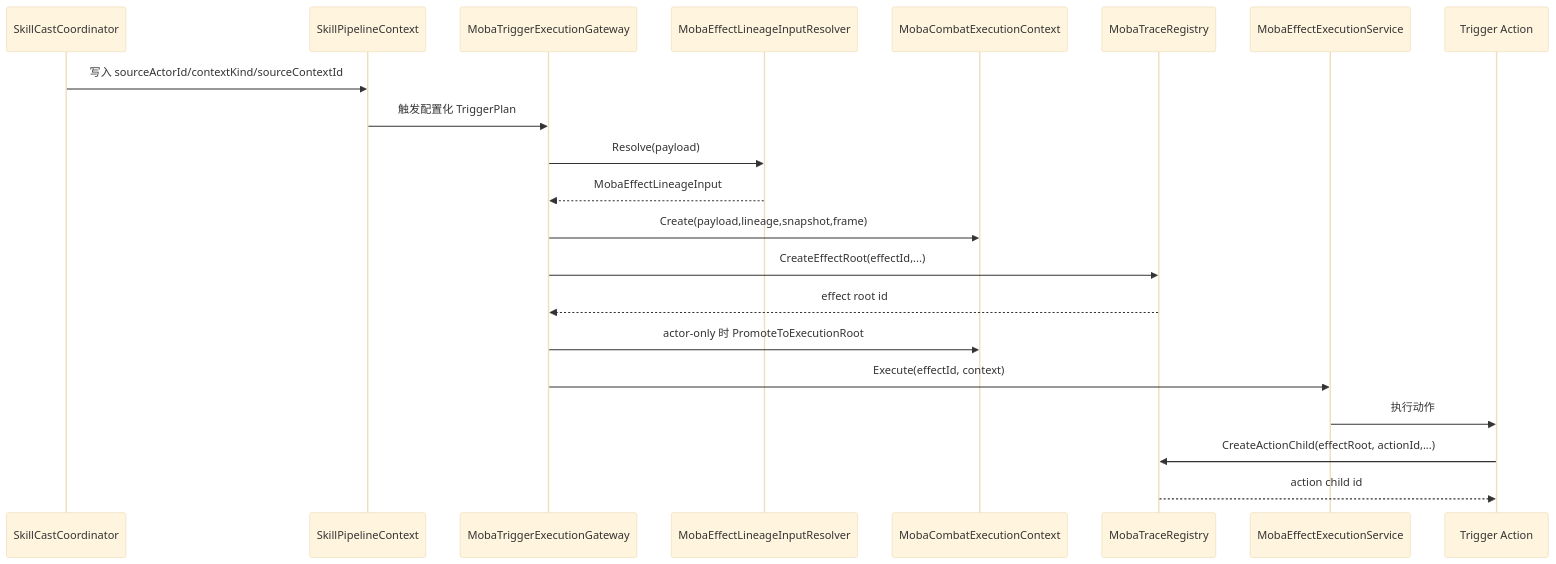
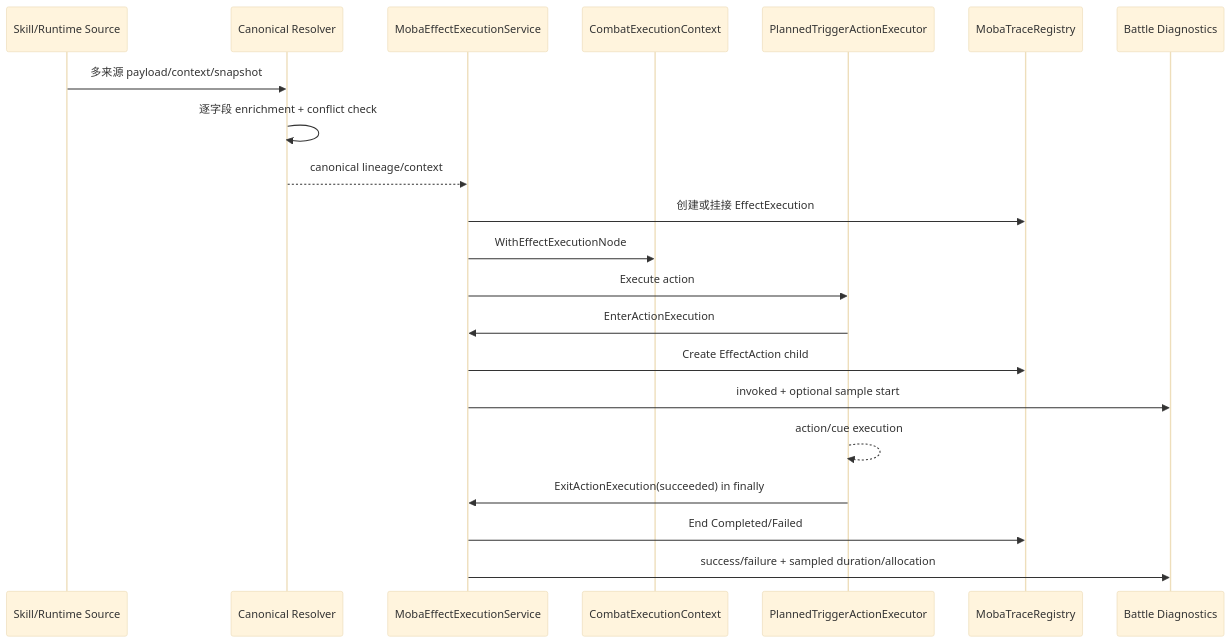
The fifth of 5 diagrams in Docs/design/09-ImplementationExamples/MOBA/09-TraceContextEffectDeepDive.md (HOBOBO/AbilityKit), drawn with Mermaid (base theme) before and after one commit. The commit also changed other lines of this file and 537 other files, not shown here.

````diff
--- a/Docs/design/09-ImplementationExamples/MOBA/09-TraceContextEffectDeepDive.md
+++ b/Docs/design/09-ImplementationExamples/MOBA/09-TraceContextEffectDeepDive.md
@@ -208,24 +226,24 @@
 ```mermaid
 sequenceDiagram
-    participant Skill as SkillCastCoordinator
-    participant Pipeline as SkillPipelineContext
-    participant Trigger as MobaTriggerExecutionGateway
-    participant Resolver as MobaEffectLineageInputResolver
-    participant CombatCtx as MobaCombatExecutionContext
+    participant Skill as Skill/Runtime Source
+    participant Resolver as Canonical Resolver
+    participant Effect as MobaEffectExecutionService
+    participant Context as CombatExecutionContext
+    participant Executor as PlannedTriggerActionExecutor
     participant Trace as MobaTraceRegistry
-    participant Effect as MobaEffectExecutionService
-    participant Action as Trigger Action
+    participant Diagnostics as Battle Diagnostics
 
-    Skill->>Pipeline: 写入 sourceActorId/contextKind/sourceContextId
-    Pipeline->>Trigger: 触发配置化 TriggerPlan
-    Trigger->>Resolver: Resolve(payload)
-    Resolver-->>Trigger: MobaEffectLineageInput
-    Trigger->>CombatCtx: Create(payload,lineage,snapshot,frame)
-    Trigger->>Trace: CreateEffectRoot(effectId,...)
-    Trace-->>Trigger: effect root id
-    Trigger->>CombatCtx: actor-only 时 PromoteToExecutionRoot
-    Trigger->>Effect: Execute(effectId, context)
-    Effect->>Action: 执行动作
-    Action->>Trace: CreateActionChild(effectRoot, actionId,...)
-    Trace-->>Action: action child id
+    Skill->>Resolver: 多来源 payload/context/snapshot
+    Resolver->>Resolver: 逐字段 enrichment + conflict check
+    Resolver-->>Effect: canonical lineage/context
+    Effect->>Trace: 创建或挂接 EffectExecution
+    Effect->>Context: WithEffectExecutionNode
+    Effect->>Executor: Execute action
+    Executor->>Effect: EnterActionExecution
+    Effect->>Trace: Create EffectAction child
+    Effect->>Diagnostics: invoked + optional sample start
+    Executor-->>Executor: action/cue execution
+    Executor->>Effect: ExitActionExecution(succeeded) in finally
+    Effect->>Trace: End Completed/Failed
+    Effect->>Diagnostics: success/failure + sampled duration/allocation
 ```
````
